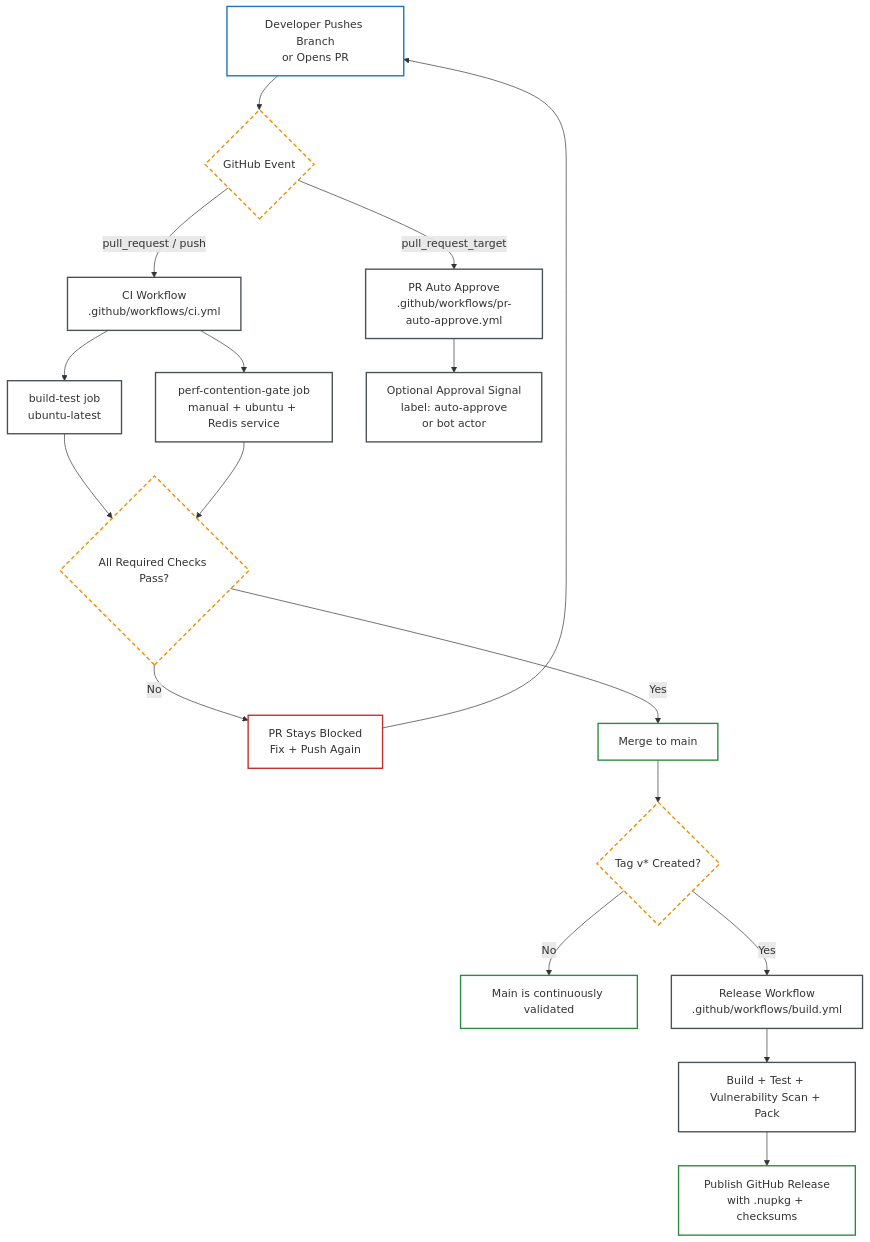
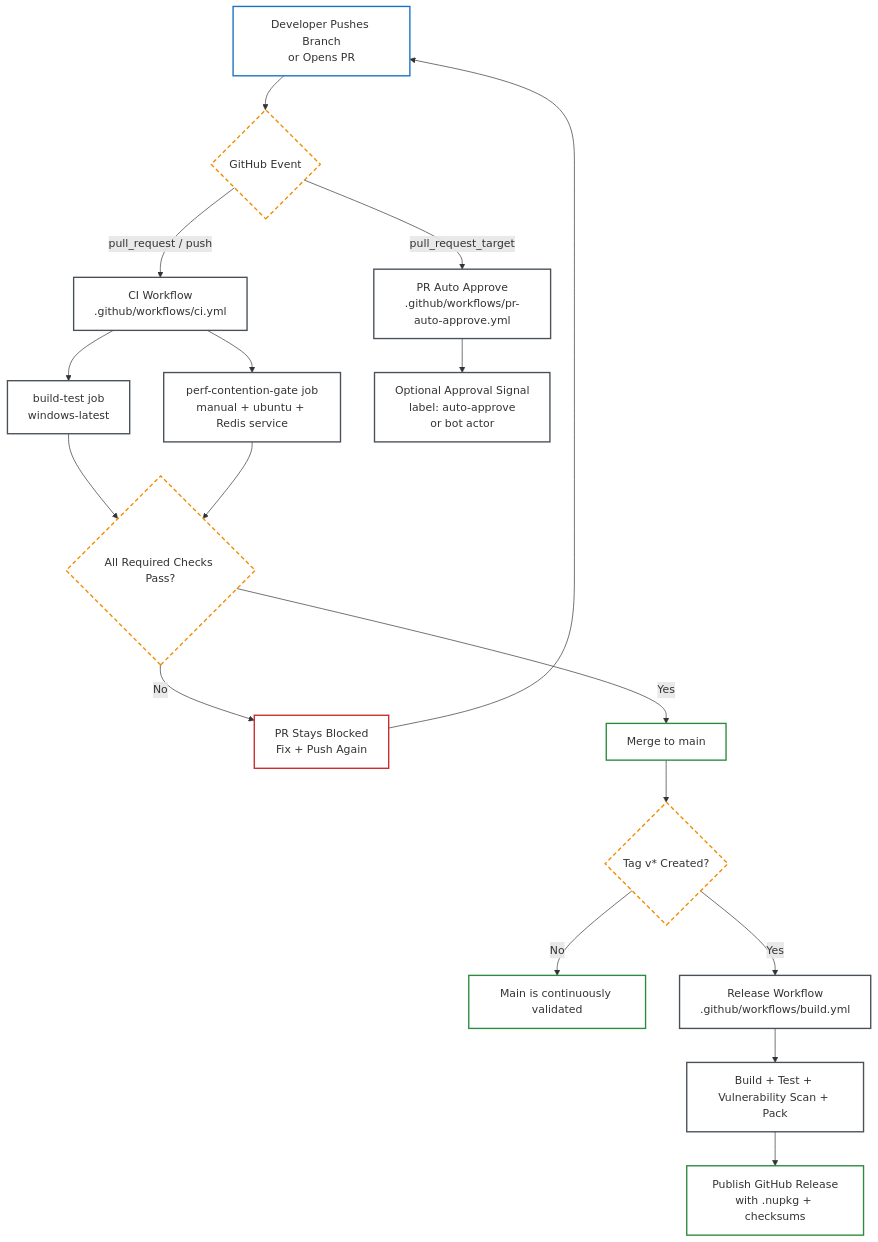
Before and after one commit to haxxornulled/VapeCache: the first of 4 diagrams in docs/WORKFLOWS.md, drawn with Mermaid. The commit also changed other lines of this file and 1 other file, not shown here.

Commit message:
ci: keep baseline gate on windows runner

````diff
--- a/docs/WORKFLOWS.md
+++ b/docs/WORKFLOWS.md
@@ -9,28 +9,28 @@
 ```mermaid
 flowchart TB
     classDef trigger fill:transparent,stroke:#1971c2,stroke-width:2px
     classDef gate fill:transparent,stroke:#f08c00,stroke-width:2px,stroke-dasharray: 6 4
     classDef success fill:transparent,stroke:#2b8a3e,stroke-width:2px
     classDef fail fill:transparent,stroke:#c92a2a,stroke-width:2px
     classDef action fill:transparent,stroke:#495057,stroke-width:2px
 
     A[Developer Pushes Branch<br/>or Opens PR]:::trigger --> B{GitHub Event}:::gate
     B -->|pull_request / push| C[CI Workflow<br/>.github/workflows/ci.yml]:::action
     B -->|pull_request_target| D[PR Auto Approve<br/>.github/workflows/pr-auto-approve.yml]:::action
 
-    C --> E[build-test job<br/>ubuntu-latest]:::action
+    C --> E[build-test job<br/>windows-latest]:::action
     C --> F[perf-contention-gate job<br/>manual + ubuntu + Redis service]:::action
 
     E --> G{All Required Checks Pass?}:::gate
     F --> G
     G -->|No| H[PR Stays Blocked<br/>Fix + Push Again]:::fail
     H --> A
     G -->|Yes| I[Merge to main]:::success
 
     D --> J[Optional Approval Signal<br/>label: auto-approve<br/>or bot actor]:::action
     I --> K{Tag v* Created?}:::gate
     K -->|No| L[Main is continuously validated]:::success
     K -->|Yes| M[Release Workflow<br/>.github/workflows/build.yml]:::action
     M --> N[Build + Test + Vulnerability Scan + Pack]:::action
     N --> O[Publish GitHub Release<br/>with .nupkg + checksums]:::success
 ```
````
